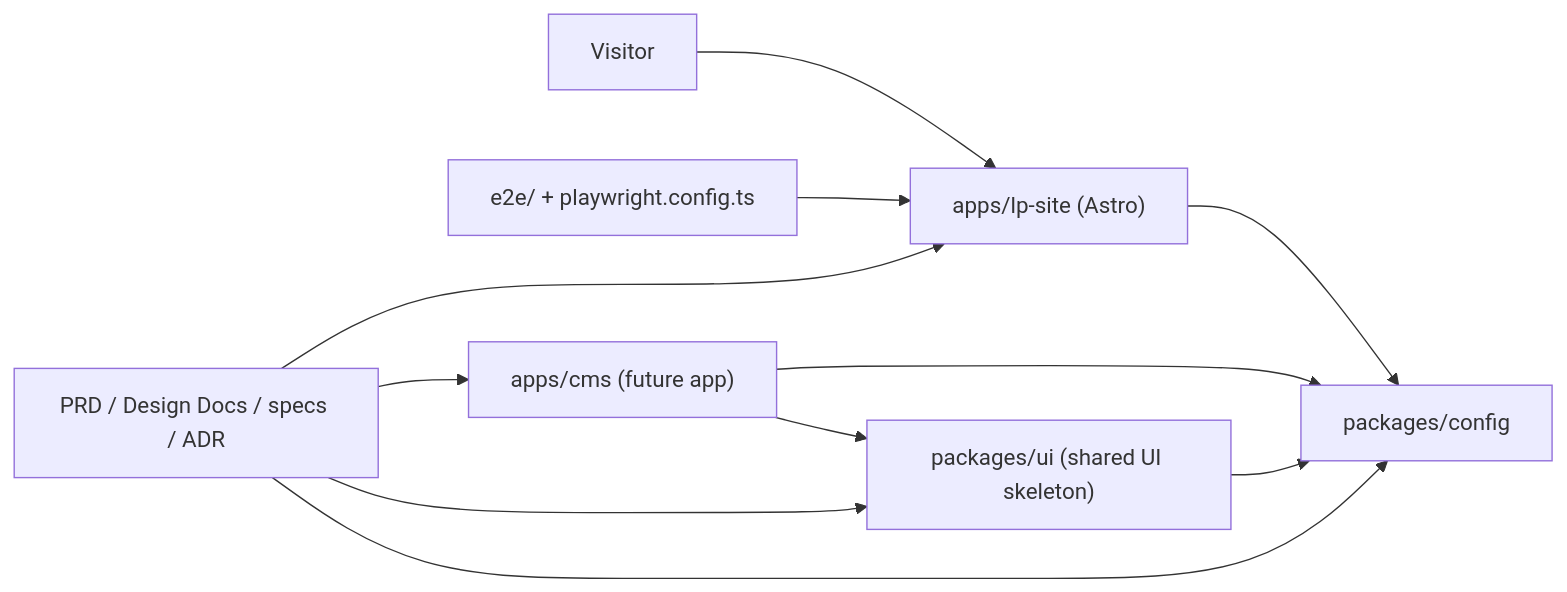
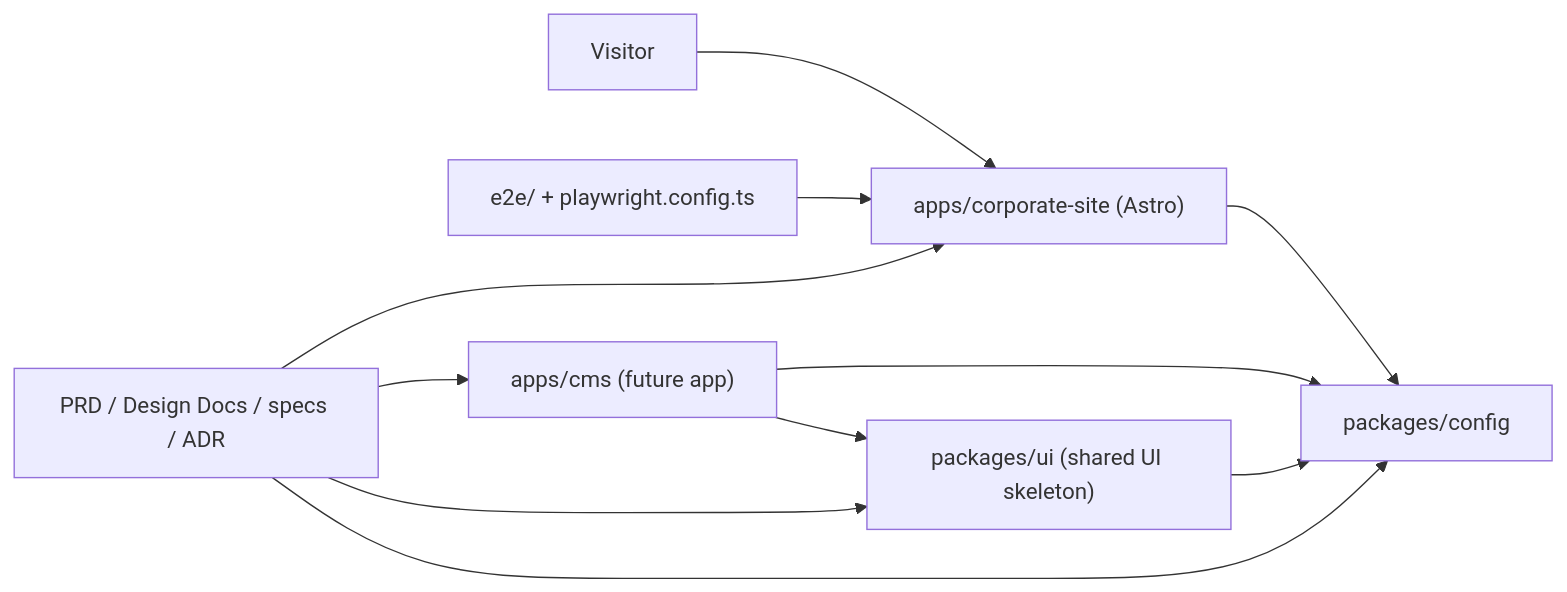
One commit to Fukuemon/kufu-apps changed the diagram in design/DesignDoc.md. Above: the diagram before and after it, drawn with Mermaid. The commit also changed other lines of this file and 77 other files, not shown here.

First line of the commit message:
refactor(corporate-site): lp-site を改名 #3

````diff
--- a/design/DesignDoc.md
+++ b/design/DesignDoc.md
@@ -67,21 +67,21 @@
 ```mermaid
 flowchart LR
     VISITOR["Visitor"]
-    LP["apps/lp-site (Astro)"]
+    LP["apps/corporate-site (Astro)"]
     CMS["apps/cms (future app)"]
     UI["packages/ui (shared UI skeleton)"]
     CONFIG["packages/config"]
     E2E["e2e/ + playwright.config.ts"]
     DOCS["PRD / Design Docs / specs / ADR"]
 
     VISITOR --> LP
     CMS --> UI
     LP --> CONFIG
     CMS --> CONFIG
     UI --> CONFIG
     E2E --> LP
     DOCS --> LP
     DOCS --> CMS
     DOCS --> UI
     DOCS --> CONFIG
 ```
````
